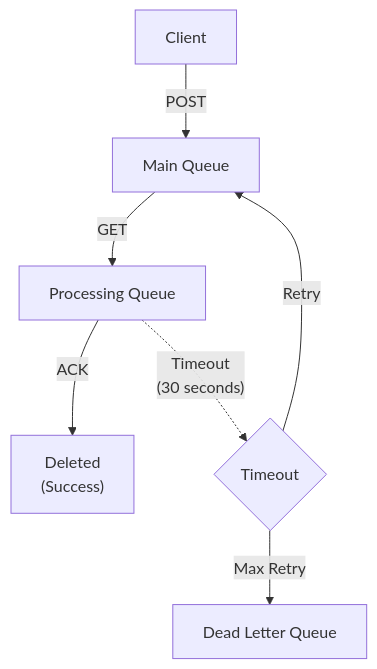
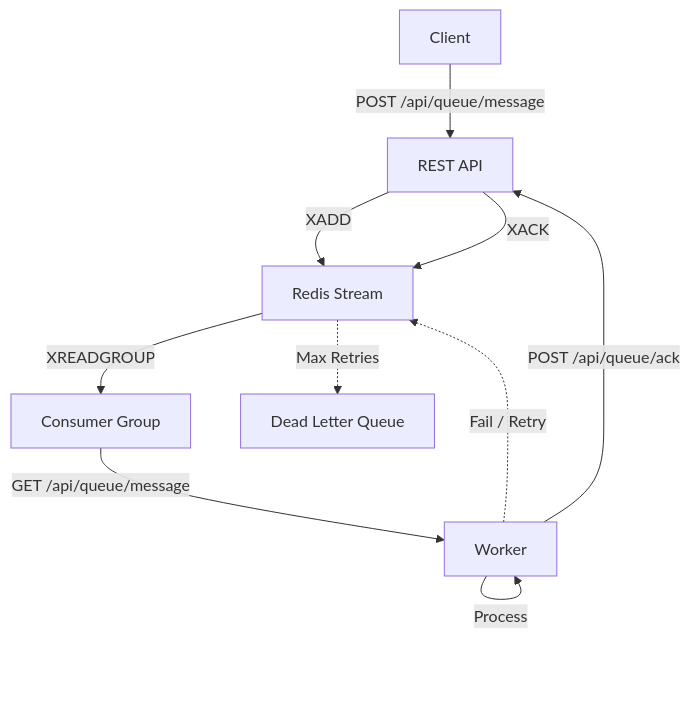
The diagram in README.md (mood-agency/relay), drawn with Mermaid before and after one commit. The commit also changed other lines of this file and 11 other files, not shown here.

First line of the commit message:
Add message move feature and improve stream queue logic

````diff
--- a/README.md
+++ b/README.md
@@ -81,10 +288,12 @@
 ```mermaid
 flowchart TD
-    Client[Client] -->|POST| MainQueue[Main Queue]
-    MainQueue -->|GET| ProcessingQueue[Processing Queue]
-    ProcessingQueue -->|ACK| Deleted["Deleted\n(Success)"]
-    
-    ProcessingQueue -.->|"Timeout\n(30 seconds)"| TimeoutLogic{Timeout}
-    TimeoutLogic -->|Max Retry| DeadLetterQueue[Dead Letter Queue]
-    TimeoutLogic -->|Retry| MainQueue
+    Client[Client] -->|POST /api/queue/message| API[REST API]
+    API -->|XADD| Stream[Redis Stream]
+    Stream -->|XREADGROUP| Consumer[Consumer Group]
+    Consumer -->|GET /api/queue/message| Worker[Worker]
+    Worker -->|Process| Worker
+    Worker -->|POST /api/queue/ack| API
+    API -->|XACK| Stream
+    Worker -.->|Fail / Retry| Stream
+    Stream -.->|Max Retries| DLQ[Dead Letter Queue]
 ```
````
